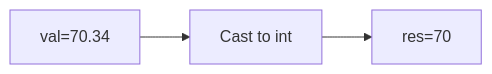
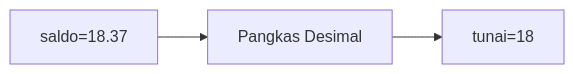
Diagram 14 of 25 in part-c-pemahaman-cpp/01-tipe-data/latihan/set-07.md (amnahwaida/OSNK_INF_PREP), drawn with Mermaid before and after one commit. The commit also changed other lines of this file and 71 other files, not shown here.

````diff
--- a/part-c-pemahaman-cpp/01-tipe-data/latihan/set-07.md
+++ b/part-c-pemahaman-cpp/01-tipe-data/latihan/set-07.md
@@ -347,5 +393,5 @@
 ```mermaid
 graph LR
-A["val=70.34"] --> B["Cast to int"]
-B --> C["res=70"]
+A["saldo=18.37"] --> B["Pangkas Desimal"]
+B --> C["tunai=18"]
 ```
````
